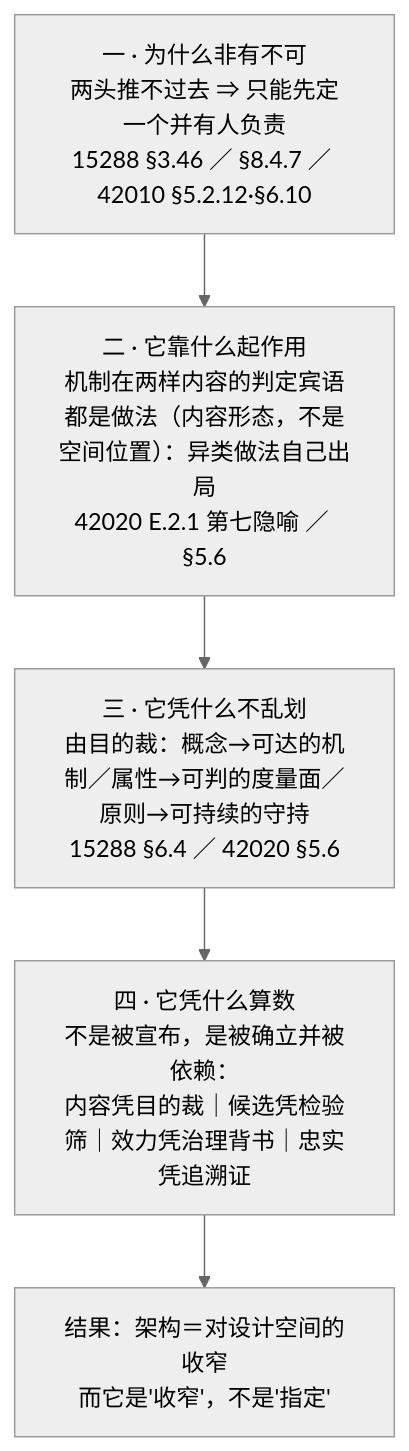
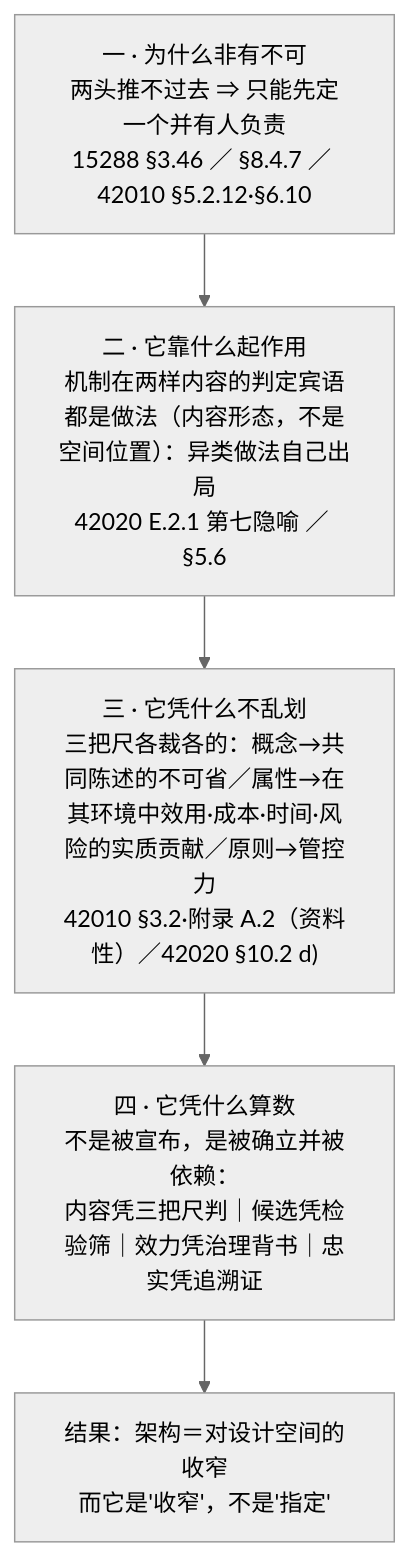
The first of 9 diagrams in 10-系统工程研究/00-系统工程相关研究报告/35-架构定义与视图设计研究报告-从意义目的到产品数据与四案例.md (Yongjunzhou/business-Engineering), drawn with Mermaid (neutral theme) before and after one commit. The commit also changed other lines of this file and 30 other files, not shown here.

````diff
--- a/10-系统工程研究/00-系统工程相关研究报告/35-架构定义与视图设计研究报告-从意义目的到产品数据与四案例.md
+++ b/10-系统工程研究/00-系统工程相关研究报告/35-架构定义与视图设计研究报告-从意义目的到产品数据与四案例.md
@@ -115,7 +116,7 @@
 ```mermaid
 flowchart TD
     A["一 · 为什么非有不可<br/>两头推不过去 ⇒ 只能先定一个并有人负责<br/>15288 §3.46 ／ §8.4.7 ／ 42010 §5.2.12·§6.10"] --> B["二 · 它靠什么起作用<br/>机制在两样内容的判定宾语都是做法（内容形态，不是空间位置）：异类做法自己出局<br/>42020 E.2.1 第七隐喻 ／ §5.6"]
-    B --> C["三 · 它凭什么不乱划<br/>由目的裁：概念→可达的机制／属性→可判的度量面／原则→可持续的守持<br/>15288 §6.4 ／ 42020 §5.6"]
-    C --> D["四 · 它凭什么算数<br/>不是被宣布，是被确立并被依赖：<br/>内容凭目的裁｜候选凭检验筛｜效力凭治理背书｜忠实凭追溯证"]
+    B --> C["三 · 它凭什么不乱划<br/>三把尺各裁各的：概念→共同陈述的不可省／属性→在其环境中效用·成本·时间·风险的实质贡献／原则→管控力<br/>42010 §3.2·附录 A.2（资料性）／42020 §10.2 d)"]
+    C --> D["四 · 它凭什么算数<br/>不是被宣布，是被确立并被依赖：<br/>内容凭三把尺判｜候选凭检验筛｜效力凭治理背书｜忠实凭追溯证"]
     D --> E["结果：架构＝对设计空间的收窄<br/>而它是'收窄'，不是'指定'"]
 ```
````
